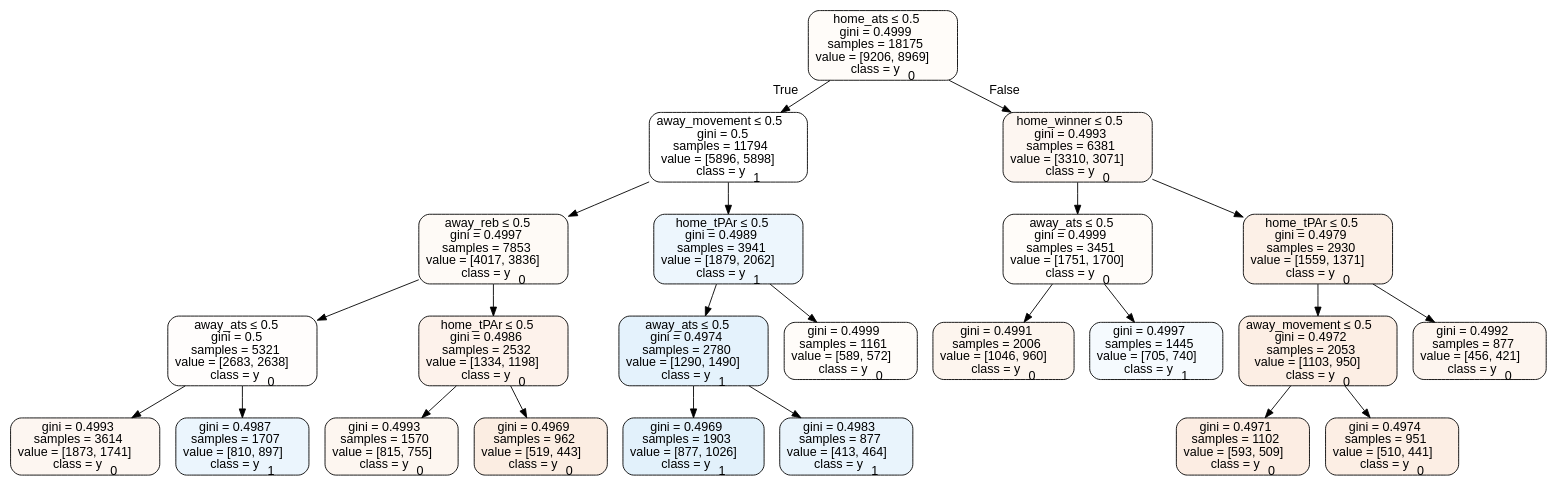
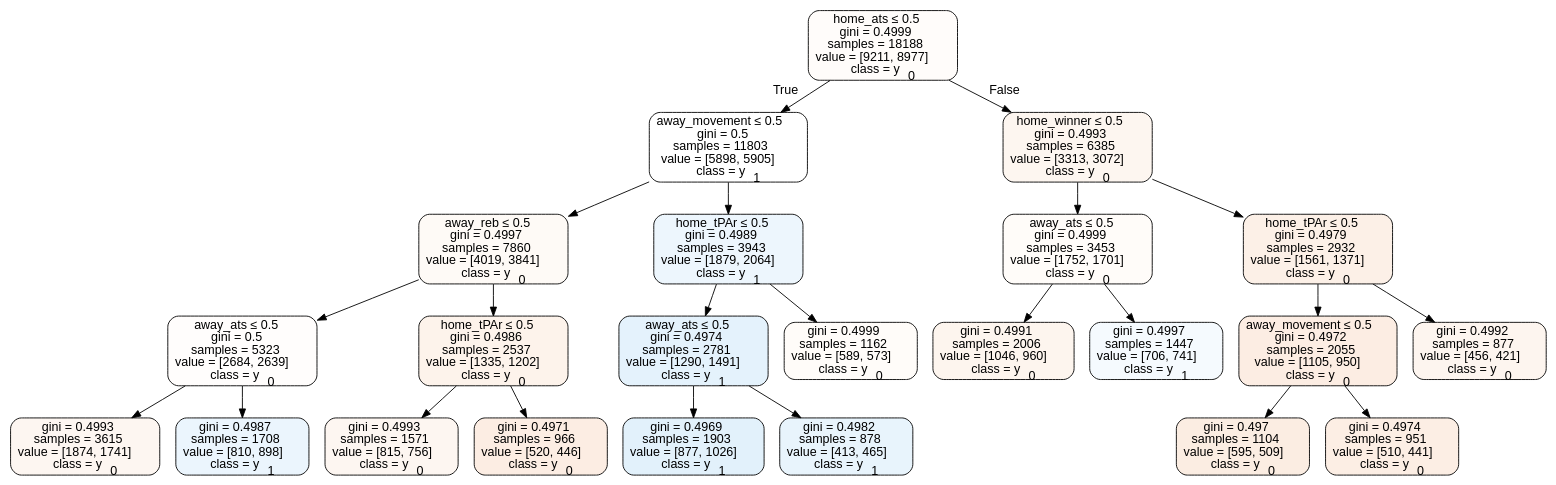
One commit to usbogie/ncaa-bets changed the diagram in Basketball/data/trees/treehome.dot. Above: the diagram before and after it, drawn with Graphviz. The commit also changed 9 other files, not shown here.

```diff
--- a/Basketball/data/trees/treehome.dot
+++ b/Basketball/data/trees/treehome.dot
@@ -1,49 +1,49 @@
 digraph Tree {
 node [shape=box, style="filled, rounded", color="black", fontname=helvetica] ;
 edge [fontname=helvetica] ;
-0 [label=<home_ats &le; 0.5<br/>gini = 0.4999<br/>samples = 18175<br/>value = [9206, 8969]<br/>class = y<SUB>0</SUB>>, fillcolor="#e5813907"] ;
-1 [label=<away_movement &le; 0.5<br/>gini = 0.5<br/>samples = 11794<br/>value = [5896, 5898]<br/>class = y<SUB>1</SUB>>, fillcolor="#399de500"] ;
+0 [label=<home_ats &le; 0.5<br/>gini = 0.4999<br/>samples = 18188<br/>value = [9211, 8977]<br/>class = y<SUB>0</SUB>>, fillcolor="#e5813906"] ;
+1 [label=<away_movement &le; 0.5<br/>gini = 0.5<br/>samples = 11803<br/>value = [5898, 5905]<br/>class = y<SUB>1</SUB>>, fillcolor="#399de500"] ;
 0 -> 1 [labeldistance=2.5, labelangle=45, headlabel="True"] ;
-2 [label=<away_reb &le; 0.5<br/>gini = 0.4997<br/>samples = 7853<br/>value = [4017, 3836]<br/>class = y<SUB>0</SUB>>, fillcolor="#e581390b"] ;
+2 [label=<away_reb &le; 0.5<br/>gini = 0.4997<br/>samples = 7860<br/>value = [4019, 3841]<br/>class = y<SUB>0</SUB>>, fillcolor="#e581390b"] ;
 1 -> 2 ;
-3 [label=<away_ats &le; 0.5<br/>gini = 0.5<br/>samples = 5321<br/>value = [2683, 2638]<br/>class = y<SUB>0</SUB>>, fillcolor="#e5813904"] ;
+3 [label=<away_ats &le; 0.5<br/>gini = 0.5<br/>samples = 5323<br/>value = [2684, 2639]<br/>class = y<SUB>0</SUB>>, fillcolor="#e5813904"] ;
 2 -> 3 ;
-4 [label=<gini = 0.4993<br/>samples = 3614<br/>value = [1873, 1741]<br/>class = y<SUB>0</SUB>>, fillcolor="#e5813912"] ;
+4 [label=<gini = 0.4993<br/>samples = 3615<br/>value = [1874, 1741]<br/>class = y<SUB>0</SUB>>, fillcolor="#e5813912"] ;
 3 -> 4 ;
-5 [label=<gini = 0.4987<br/>samples = 1707<br/>value = [810, 897]<br/>class = y<SUB>1</SUB>>, fillcolor="#399de519"] ;
+5 [label=<gini = 0.4987<br/>samples = 1708<br/>value = [810, 898]<br/>class = y<SUB>1</SUB>>, fillcolor="#399de519"] ;
 3 -> 5 ;
-6 [label=<home_tPAr &le; 0.5<br/>gini = 0.4986<br/>samples = 2532<br/>value = [1334, 1198]<br/>class = y<SUB>0</SUB>>, fillcolor="#e581391a"] ;
+6 [label=<home_tPAr &le; 0.5<br/>gini = 0.4986<br/>samples = 2537<br/>value = [1335, 1202]<br/>class = y<SUB>0</SUB>>, fillcolor="#e5813919"] ;
 2 -> 6 ;
-7 [label=<gini = 0.4993<br/>samples = 1570<br/>value = [815, 755]<br/>class = y<SUB>0</SUB>>, fillcolor="#e5813913"] ;
+7 [label=<gini = 0.4993<br/>samples = 1571<br/>value = [815, 756]<br/>class = y<SUB>0</SUB>>, fillcolor="#e5813912"] ;
 6 -> 7 ;
-8 [label=<gini = 0.4969<br/>samples = 962<br/>value = [519, 443]<br/>class = y<SUB>0</SUB>>, fillcolor="#e5813925"] ;
+8 [label=<gini = 0.4971<br/>samples = 966<br/>value = [520, 446]<br/>class = y<SUB>0</SUB>>, fillcolor="#e5813924"] ;
 6 -> 8 ;
-9 [label=<home_tPAr &le; 0.5<br/>gini = 0.4989<br/>samples = 3941<br/>value = [1879, 2062]<br/>class = y<SUB>1</SUB>>, fillcolor="#399de517"] ;
+9 [label=<home_tPAr &le; 0.5<br/>gini = 0.4989<br/>samples = 3943<br/>value = [1879, 2064]<br/>class = y<SUB>1</SUB>>, fillcolor="#399de517"] ;
 1 -> 9 ;
-10 [label=<away_ats &le; 0.5<br/>gini = 0.4974<br/>samples = 2780<br/>value = [1290, 1490]<br/>class = y<SUB>1</SUB>>, fillcolor="#399de522"] ;
+10 [label=<away_ats &le; 0.5<br/>gini = 0.4974<br/>samples = 2781<br/>value = [1290, 1491]<br/>class = y<SUB>1</SUB>>, fillcolor="#399de522"] ;
 9 -> 10 ;
 11 [label=<gini = 0.4969<br/>samples = 1903<br/>value = [877, 1026]<br/>class = y<SUB>1</SUB>>, fillcolor="#399de525"] ;
 10 -> 11 ;
-12 [label=<gini = 0.4983<br/>samples = 877<br/>value = [413, 464]<br/>class = y<SUB>1</SUB>>, fillcolor="#399de51c"] ;
+12 [label=<gini = 0.4982<br/>samples = 878<br/>value = [413, 465]<br/>class = y<SUB>1</SUB>>, fillcolor="#399de51d"] ;
 10 -> 12 ;
-13 [label=<gini = 0.4999<br/>samples = 1161<br/>value = [589, 572]<br/>class = y<SUB>0</SUB>>, fillcolor="#e5813907"] ;
+13 [label=<gini = 0.4999<br/>samples = 1162<br/>value = [589, 573]<br/>class = y<SUB>0</SUB>>, fillcolor="#e5813907"] ;
 9 -> 13 ;
-14 [label=<home_winner &le; 0.5<br/>gini = 0.4993<br/>samples = 6381<br/>value = [3310, 3071]<br/>class = y<SUB>0</SUB>>, fillcolor="#e5813912"] ;
+14 [label=<home_winner &le; 0.5<br/>gini = 0.4993<br/>samples = 6385<br/>value = [3313, 3072]<br/>class = y<SUB>0</SUB>>, fillcolor="#e5813913"] ;
 0 -> 14 [labeldistance=2.5, labelangle=-45, headlabel="False"] ;
-15 [label=<away_ats &le; 0.5<br/>gini = 0.4999<br/>samples = 3451<br/>value = [1751, 1700]<br/>class = y<SUB>0</SUB>>, fillcolor="#e5813907"] ;
+15 [label=<away_ats &le; 0.5<br/>gini = 0.4999<br/>samples = 3453<br/>value = [1752, 1701]<br/>class = y<SUB>0</SUB>>, fillcolor="#e5813907"] ;
 14 -> 15 ;
 16 [label=<gini = 0.4991<br/>samples = 2006<br/>value = [1046, 960]<br/>class = y<SUB>0</SUB>>, fillcolor="#e5813915"] ;
 15 -> 16 ;
-17 [label=<gini = 0.4997<br/>samples = 1445<br/>value = [705, 740]<br/>class = y<SUB>1</SUB>>, fillcolor="#399de50c"] ;
+17 [label=<gini = 0.4997<br/>samples = 1447<br/>value = [706, 741]<br/>class = y<SUB>1</SUB>>, fillcolor="#399de50c"] ;
 15 -> 17 ;
-18 [label=<home_tPAr &le; 0.5<br/>gini = 0.4979<br/>samples = 2930<br/>value = [1559, 1371]<br/>class = y<SUB>0</SUB>>, fillcolor="#e581391f"] ;
+18 [label=<home_tPAr &le; 0.5<br/>gini = 0.4979<br/>samples = 2932<br/>value = [1561, 1371]<br/>class = y<SUB>0</SUB>>, fillcolor="#e581391f"] ;
 14 -> 18 ;
-19 [label=<away_movement &le; 0.5<br/>gini = 0.4972<br/>samples = 2053<br/>value = [1103, 950]<br/>class = y<SUB>0</SUB>>, fillcolor="#e5813923"] ;
+19 [label=<away_movement &le; 0.5<br/>gini = 0.4972<br/>samples = 2055<br/>value = [1105, 950]<br/>class = y<SUB>0</SUB>>, fillcolor="#e5813924"] ;
 18 -> 19 ;
-20 [label=<gini = 0.4971<br/>samples = 1102<br/>value = [593, 509]<br/>class = y<SUB>0</SUB>>, fillcolor="#e5813924"] ;
+20 [label=<gini = 0.497<br/>samples = 1104<br/>value = [595, 509]<br/>class = y<SUB>0</SUB>>, fillcolor="#e5813925"] ;
 19 -> 20 ;
 21 [label=<gini = 0.4974<br/>samples = 951<br/>value = [510, 441]<br/>class = y<SUB>0</SUB>>, fillcolor="#e5813922"] ;
 19 -> 21 ;
 22 [label=<gini = 0.4992<br/>samples = 877<br/>value = [456, 421]<br/>class = y<SUB>0</SUB>>, fillcolor="#e5813914"] ;
 18 -> 22 ;
 }
```
